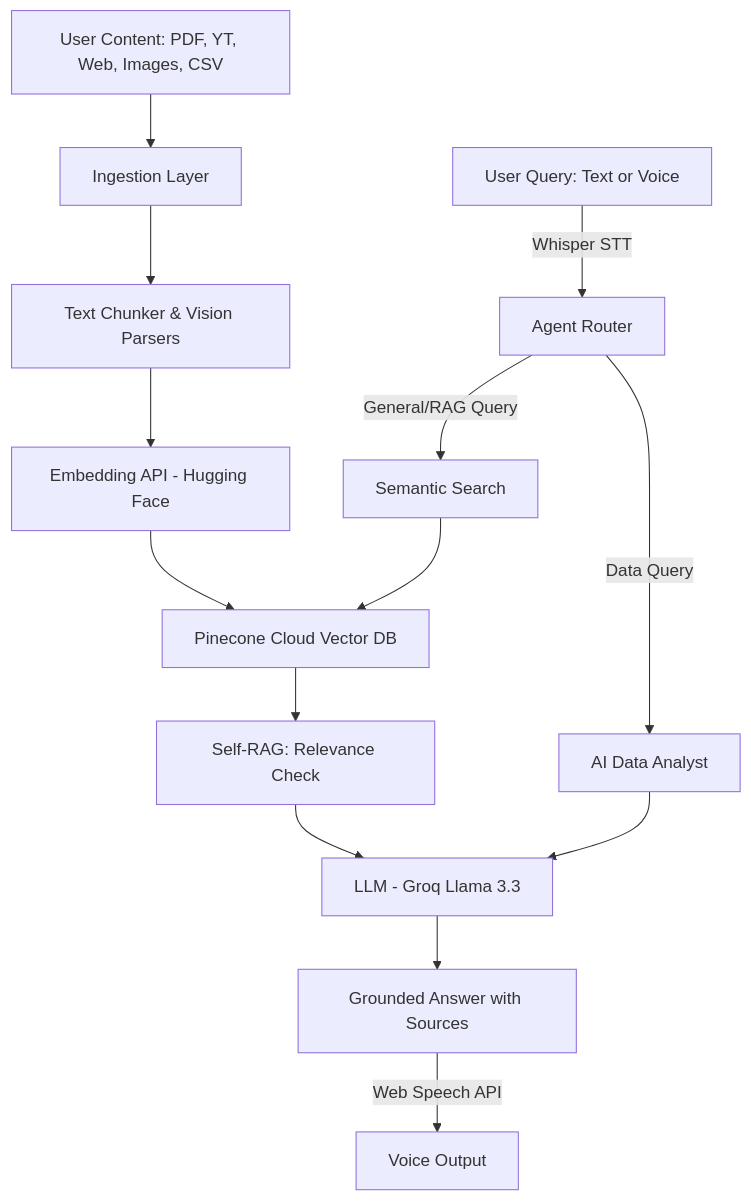
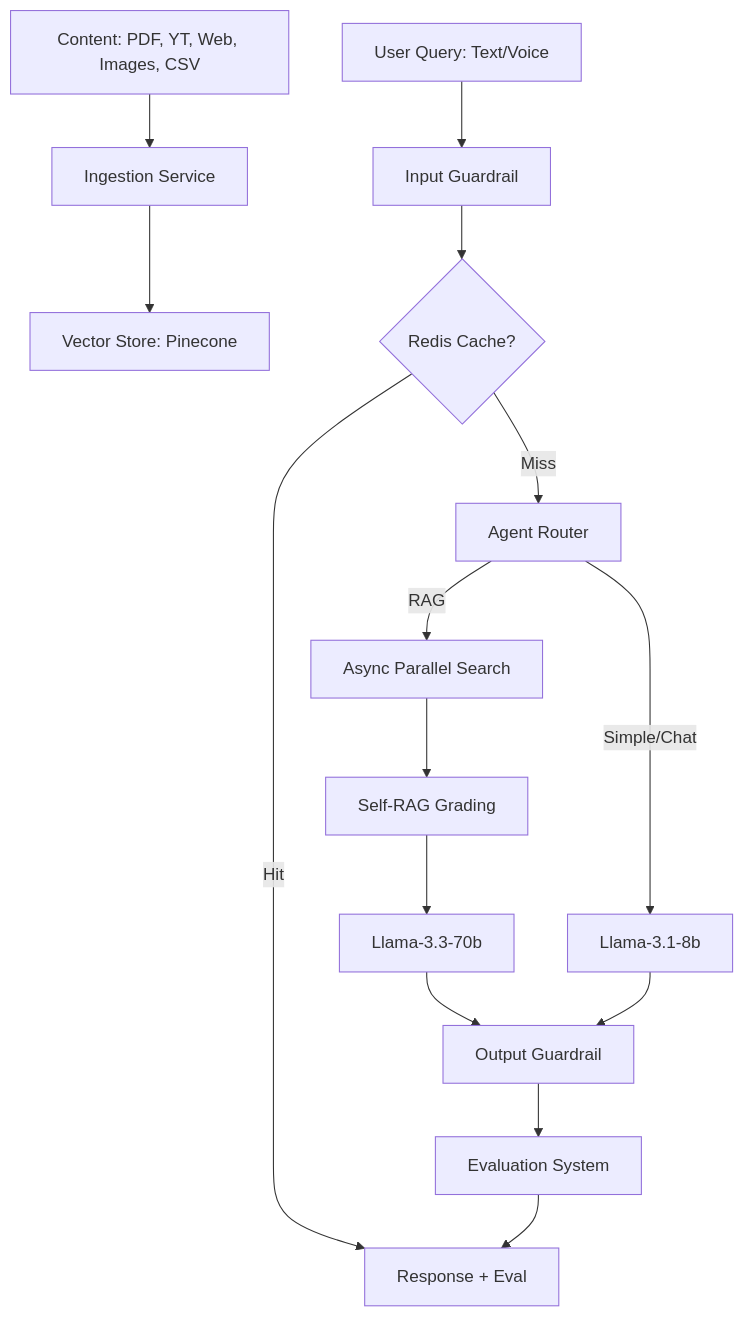
The diagram in README.md (Hartz-byte/AI-Second-Brain), drawn with Mermaid before and after one commit. The commit also changed other lines of this file, not shown here.

Commit message:
pdate README with Production Architecture and Features

````diff
--- a/README.md
+++ b/README.md
@@ -41,19 +48,21 @@
 ```mermaid
 graph TD
-    A[User Content: PDF, YT, Web, Images, CSV] --> B[Ingestion Layer]
-    B --> C[Text Chunker & Vision Parsers]
-    C --> D[Embedding API - Hugging Face]
-    D --> E[Pinecone Cloud Vector DB]
+    A[Content: PDF, YT, Web, Images, CSV] --> B[Ingestion Service]
+    B --> C[Vector Store: Pinecone]
     
-    F[User Query: Text or Voice] -->|Whisper STT| G[Agent Router]
+    Query[User Query: Text/Voice] --> Guard[Input Guardrail]
+    Guard --> Cache{Redis Cache?}
+    Cache -->|Hit| Finish[Response + Eval]
+    Cache -->|Miss| Router[Agent Router]
     
-    G -->|Data Query| Analyst[AI Data Analyst]
-    Analyst --> J[LLM - Groq Llama 3.3]
+    Router -->|RAG| AsyncSearch[Async Parallel Search]
+    AsyncSearch --> SelfRAG[Self-RAG Grading]
+    SelfRAG --> SlowLLM[Llama-3.3-70b]
     
-    G -->|General/RAG Query| H[Semantic Search]
-    H --> E
-    E --> I[Self-RAG: Relevance Check]
-    I --> J
-    J --> K[Grounded Answer with Sources]
-    K -->|Web Speech API| L[Voice Output]
+    Router -->|Simple/Chat| FastLLM[Llama-3.1-8b]
+    
+    SlowLLM --> OutGuard[Output Guardrail]
+    FastLLM --> OutGuard
+    OutGuard --> Eval[Evaluation System]
+    Eval --> Finish
 ```
````
